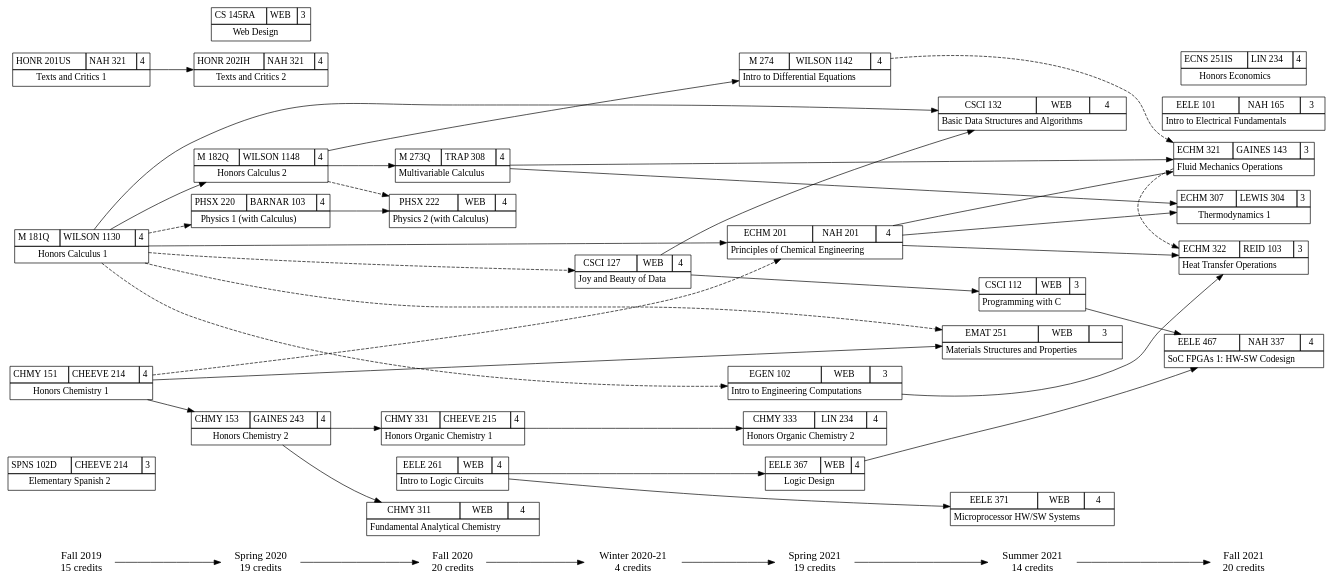
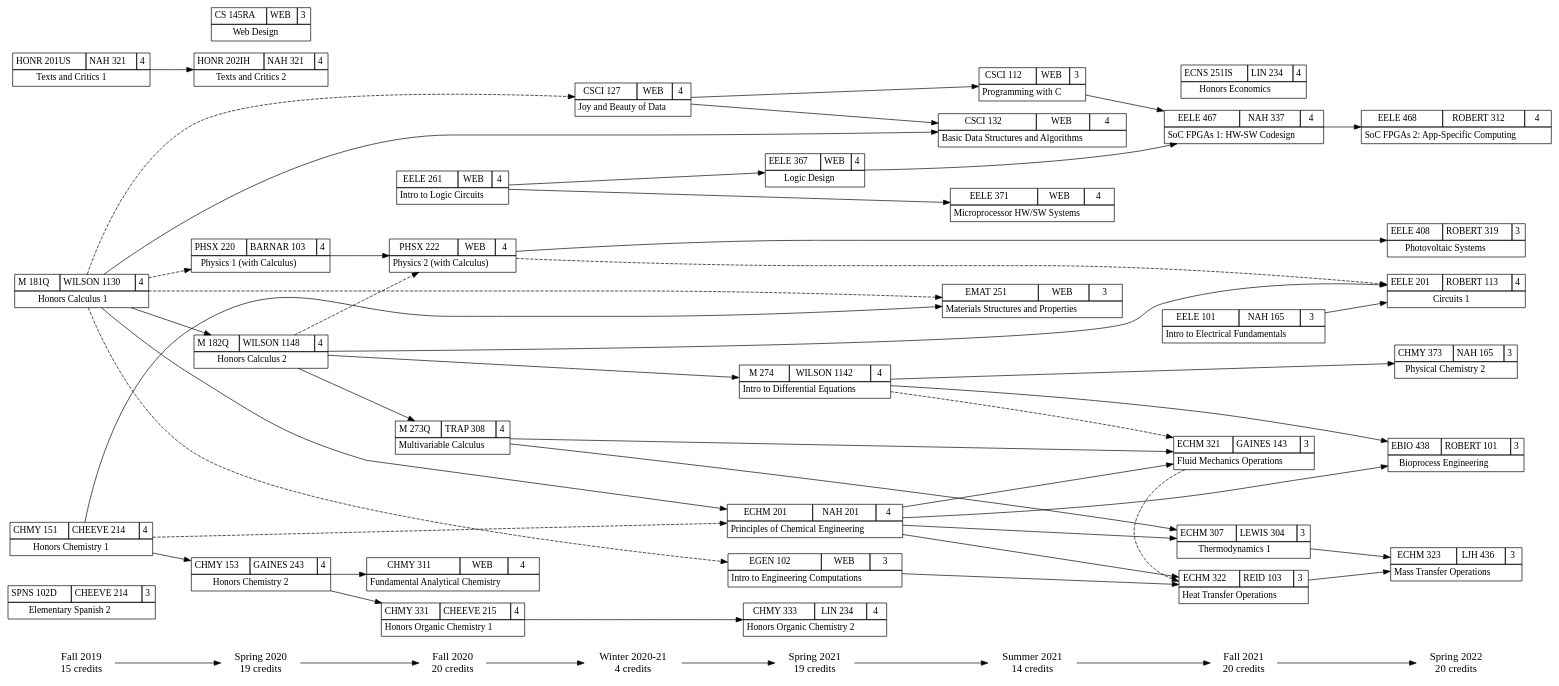
The diagram in courses_current.gv (w-culhane/courses-flowchart), drawn with Graphviz before and after one commit. The commit also changed 1 other file, not shown here.

```diff
--- a/courses_current.gv
+++ b/courses_current.gv
@@ -2,8 +2,9 @@
 ranksep=.75; rankdir=LR;
 
 {node [shape=plaintext,fontsize=16];
-	"Fall 2019" -> "Spring 2020" -> "Fall 2020" -> "Winter 2020-21"
-	-> "Spring 2021" -> "Summer 2021" -> "Fall 2021";
+	"Fall 2019" -> "Spring 2020"
+	-> "Fall 2020" -> "Winter 2020-21" -> "Spring 2021" -> "Summer 2021"
+	-> "Fall 2021" -> "Spring 2022";
 }
 
 "Fall 2019"      [label="\N\n15 credits"]
@@ -13,6 +14,7 @@
 "Spring 2021"    [label="\N\n19 credits"]
 "Summer 2021"    [label="\N\n14 credits"]
 "Fall 2021"      [label="\N\n20 credits"]
+"Spring 2022"    [label="\N\n20 credits"]
 
 {node [shape=none,margin=0];
 	{ rank = same; "Fall 2019"; "SPNS 102D"; "M 181Q"; "HONR 201US"; "CHMY 151"; }
@@ -22,6 +24,7 @@
 	{ rank = same; "Spring 2021"; "M 274"; "EGEN 102"; "EELE 367"; "ECHM 201"; "CHMY 333"; }
 	{ rank = same; "Summer 2021"; "EMAT 251"; "EELE 371"; "CSCI 132"; "CSCI 112"; }
 	{ rank = same; "Fall 2021"; "EELE 467"; "EELE 101"; "ECNS 251IS"; "ECHM 322"; "ECHM 321"; "ECHM 307"; }
+	{ rank = same; "Spring 2022"; "EELE 468"; "EELE 408"; "EELE 201"; "ECHM 323"; "EBIO 438"; "CHMY 373"; }
 }
 
 // Honors classes
@@ -344,6 +347,66 @@
 <TR><TD COLSPAN="3">SoC FPGAs 1: HW-SW Codesign</TD></TR>
 </TABLE>>];
 
+"CHMY 373" [label=<
+<TABLE BORDER="0" CELLBORDER="1" CELLSPACING="0" CELLPADDING="4">
+<TR>
+<TD>\N</TD>
+<TD>NAH 165</TD>
+<TD>3</TD>
+</TR>
+<TR><TD COLSPAN="3">Physical Chemistry 2</TD></TR>
+</TABLE>>];
+
+"EBIO 438" [label=<
+<TABLE BORDER="0" CELLBORDER="1" CELLSPACING="0" CELLPADDING="4">
+<TR>
+<TD>\N</TD>
+<TD>ROBERT 101</TD>
+<TD>3</TD>
+</TR>
+<TR><TD COLSPAN="3">Bioprocess Engineering</TD></TR>
+</TABLE>>];
+
+"ECHM 323" [label=<
+<TABLE BORDER="0" CELLBORDER="1" CELLSPACING="0" CELLPADDING="4">
+<TR>
+<TD>\N</TD>
+<TD>LJH 436</TD>
+<TD>3</TD>
+</TR>
+<TR><TD COLSPAN="3">Mass Transfer Operations</TD></TR>
+</TABLE>>];
+
+"EELE 201" [label=<
+<TABLE BORDER="0" CELLBORDER="1" CELLSPACING="0" CELLPADDING="4">
+<TR>
+<TD>\N</TD>
+<TD>ROBERT 113</TD>
+<TD>4</TD>
+</TR>
+<TR><TD COLSPAN="3">Circuits 1</TD></TR>
+</TABLE>>];
+
+"EELE 408" [label=<
+<TABLE BORDER="0" CELLBORDER="1" CELLSPACING="0" CELLPADDING="4">
+<TR>
+<TD>\N</TD>
+<TD>ROBERT 319</TD>
+<TD>3</TD>
+</TR>
+<TR><TD COLSPAN="3">Photovoltaic Systems</TD></TR>
+</TABLE>>];
+
+"EELE 468" [label=<
+<TABLE BORDER="0" CELLBORDER="1" CELLSPACING="0" CELLPADDING="4">
+<TR>
+<TD>\N</TD>
+<TD>ROBERT 312</TD>
+<TD>4</TD>
+</TR>
+<TR><TD COLSPAN="3">SoC FPGAs 2: App-Specific Computing</TD></TR>
+</TABLE>>];
+
 // Course pre- & co- requisites
 
 // Spring 2020
@@ -355,33 +418,41 @@
 // Fall 2020
 "CHMY 153" -> { "CHMY 311" "CHMY 331" };
 "M 182Q" -> "M 273Q";
+"PHSX 220" -> "PHSX 222";
 "M 182Q" -> "PHSX 222" [style=dashed];
-"PHSX 220" -> "PHSX 222";
 
 // Winter 2020-21
 "M 181Q" -> "CSCI 127" [style=dashed];
 
 // Spring 2021
+"CHMY 331" -> "CHMY 333";
+"M 181Q" -> "ECHM 201";
 "CHMY 151" -> "ECHM 201" [style=dashed];
-"CHMY 331" -> "CHMY 333";
+"M 181Q" -> "EGEN 102" [style=dashed];
 "EELE 261" -> "EELE 367";
-"M 181Q" -> "ECHM 201";
-"M 181Q" -> "EGEN 102" [style=dashed];
 "M 182Q" -> "M 274";
 
 // Summer 2021
+"CSCI 127" -> "CSCI 112";
+{ "CSCI 127" "M 181Q" } -> "CSCI 132";
+"EELE 261" -> "EELE 371";
 "CHMY 151" -> "EMAT 251";
-"CSCI 127" -> { "CSCI 112" "CSCI 132" };
-"EELE 261" -> "EELE 371";
-"M 181Q" -> "CSCI 132";
 "M 181Q" -> "EMAT 251" [style=dashed];
 
 // Fall 2021
-"CSCI 112" -> "EELE 467";
-"ECHM 201" -> { "ECHM 307" "ECHM 321" "ECHM 322" };
+{ "ECHM 201" "M 273Q" } -> "ECHM 307";
+{ "ECHM 201" "M 273Q" } -> "ECHM 321";
+"M 274" -> "ECHM 321" [style=dashed];
+{"ECHM 201" "EGEN 102" } -> "ECHM 322";
 "ECHM 321" -> "ECHM 322" [style=dashed];
-"EELE 367" -> "EELE 467";
-"EGEN 102" -> "ECHM 322";
-"M 273Q" -> { "ECHM 307" "ECHM 321" };
-"M 274" -> "ECHM 321" [style=dashed];
+{ "CSCI 112" "EELE 367" } -> "EELE 467";
+
+// Spring 2022
+"M 274" -> "CHMY 373";
+{ "ECHM 201" "M 274" } -> "EBIO 438";
+{ "ECHM 307" "ECHM 322" } -> "ECHM 323";
+"PHSX 222" -> "EELE 201" [style=dashed];
+{ "EELE 101" "M 182Q" } -> "EELE 201";
+"PHSX 222" -> "EELE 408";
+"EELE 467" -> "EELE 468";
 }
```
